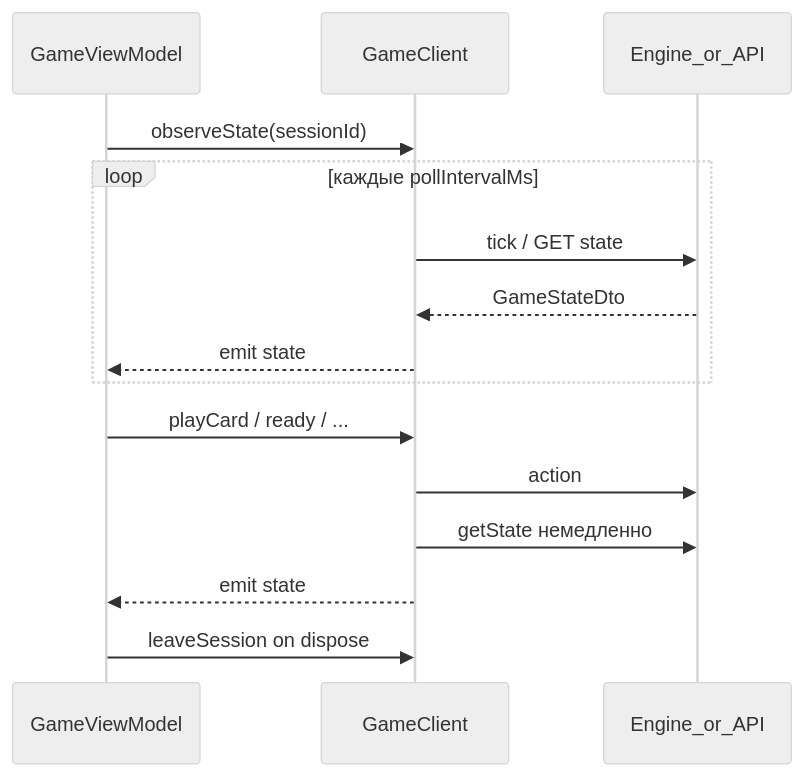
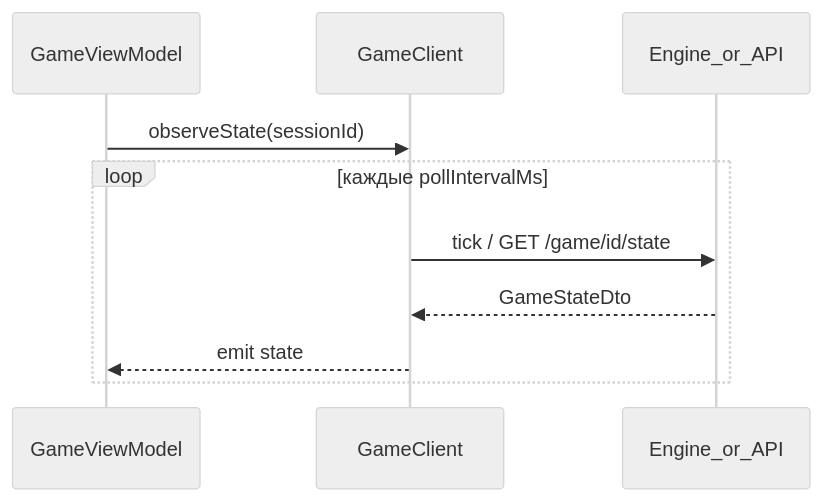
One commit to ivanbogomoloff/fool-card-game changed the first of 2 diagrams in docs/architecture/game-client.md. Above: the diagram before and after it, drawn with Mermaid (neutral theme). The commit also changed other lines of this file and 45 other files, not shown here.

````diff
--- a/docs/architecture/game-client.md
+++ b/docs/architecture/game-client.md
@@ -37,18 +43,13 @@
 ```mermaid
 sequenceDiagram
     participant VM as GameViewModel
     participant GC as GameClient
     participant BE as Engine_or_API
 
     VM->>GC: observeState(sessionId)
     loop каждые pollIntervalMs
-        GC->>BE: tick / GET state
+        GC->>BE: tick / GET /game/id/state
         BE-->>GC: GameStateDto
         GC-->>VM: emit state
     end
-    VM->>GC: playCard / ready / ...
-    GC->>BE: action
-    GC->>BE: getState немедленно
-    GC-->>VM: emit state
-    VM->>GC: leaveSession on dispose
 ```
````
